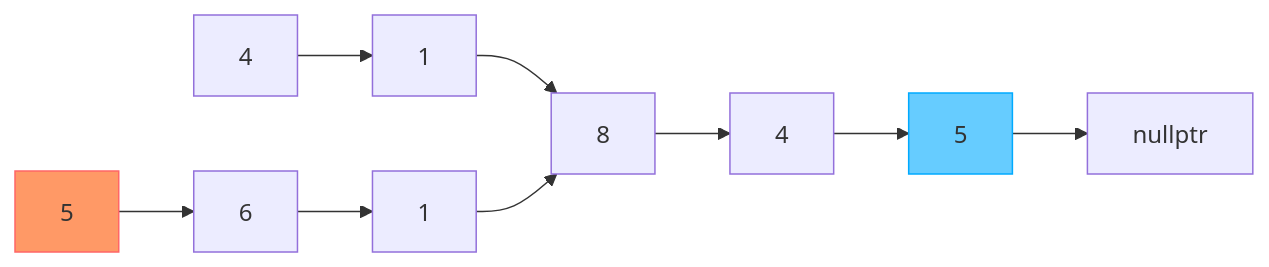
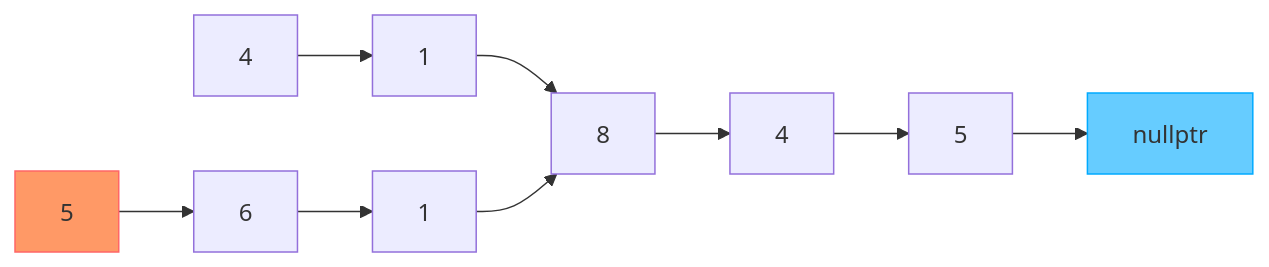
Before and after one commit to ianchen0419/cpp-leetcode: the eighth of 11 diagrams in 160. Intersection of Two Linked Lists.md, drawn with Mermaid. The commit also changed other lines of this file, not shown here.

````diff
--- a/160. Intersection of Two Linked Lists.md
+++ b/160. Intersection of Two Linked Lists.md
@@ -138,14 +138,14 @@
 ```mermaid
 flowchart LR
     a[4]-->b[1]
     b-->c[8]
     c-->d[4]
     d-->e[5]
-    e:::blue-->x[nullptr]
+    e-->x[nullptr]:::blue
     f[5]:::orange-->g[6]
     g-->h[1]
     h-->c
 
     classDef orange fill:#f96,stroke:#f66
     classDef blue fill:#6cf,stroke:#0af
 ```
````
